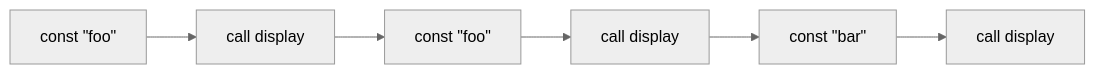
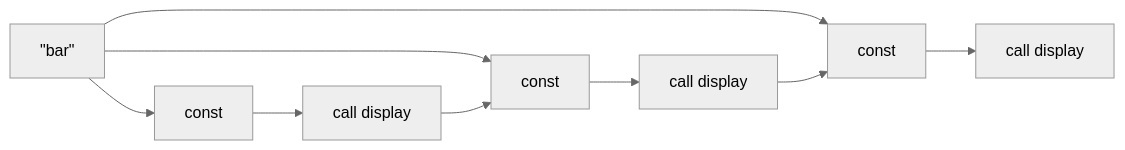
The diagram in slides/papers/stak-scheme/duplicate-strings.mmd (raviqqe/doc), drawn with Mermaid (neutral theme) before and after one commit.

```diff
--- a/slides/papers/stak-scheme/duplicate-strings.mmd
+++ b/slides/papers/stak-scheme/duplicate-strings.mmd
@@ -1,4 +1,7 @@
 flowchart LR
-  c0[const #quot;foo#quot;] --> c1[call display] --> c2
-  c2[const #quot;foo#quot;] --> c3[call display] --> c4
-  c4[const #quot;bar#quot;] --> c5[call display]
+  d0[#quot;foo#quot;] --> c0
+  d0[#quot;bar#quot;] --> c4
+  d0 --> c2
+  c0[const ] --> c1[call display] --> c2
+  c2[const] --> c3[call display] --> c4
+  c4[const] --> c5[call display]
```
